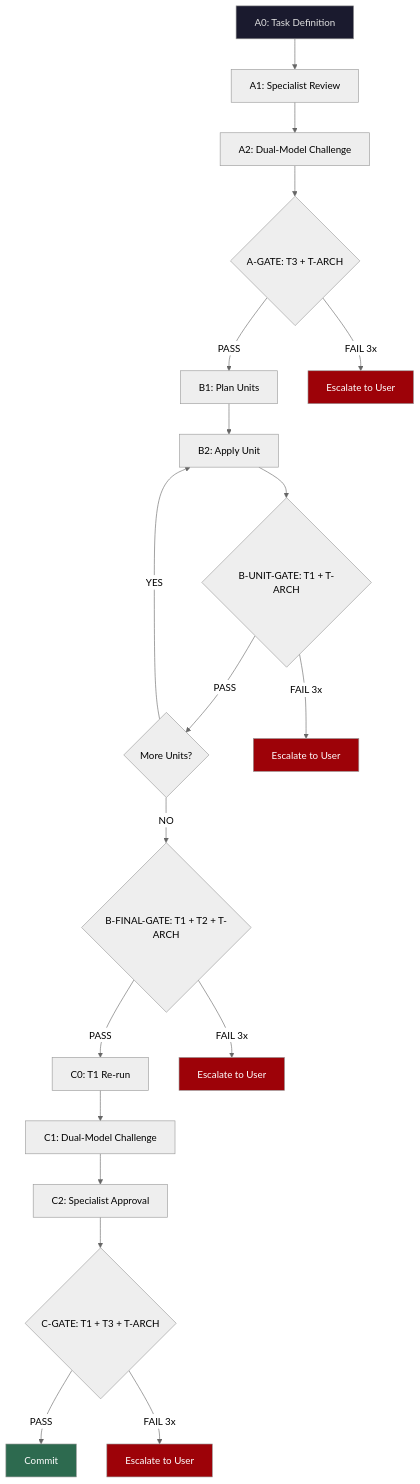
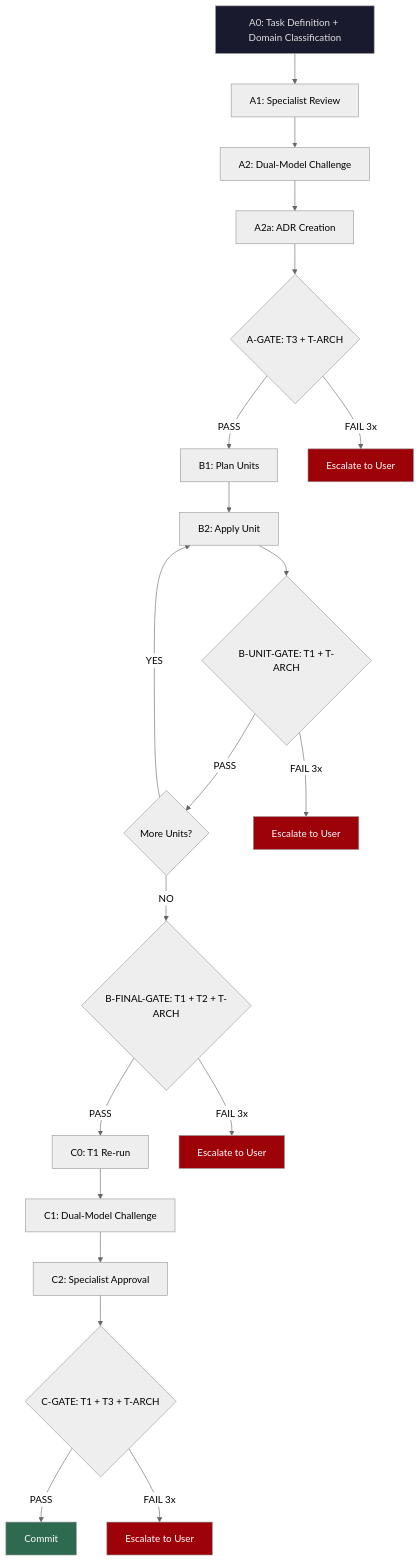
Before and after one commit to jeanboutros/psc: the diagram in README.md, drawn with Mermaid (neutral theme). The commit also changed other lines of this file and 1 other file, not shown here.

Commit message:
docs(registry): add skill-recruiter, github, cross-document-consistency, doxygen-cpp to registry and status tables
Add four entries to the Skill Registry and Review & Test Status tables:

AGENTS.md:
- cross-document-consistency: Grep-based cross-document checks
- doxygen-cpp: Doxygen documentation standard for C/C++
- github: Conventional commits, SSH auth, safe push, commit granularity
- skill-recruiter: Online skill search, safety scanning, skill gap detection,
  conversation synthesis

README.md:
- Pipeline diagram: update for ADR creation step and domain classification
- Compliance tiers: update T1/T3 descriptions for language-agnostic doc standards
- Agents table: add skill-recruiter, update docs-writer description
- Status tables: add rows for all 4 new skill entries and the skill-recruiter
  agent entry
- ADR directory: move under separate top-level entry in file structure

````diff
--- a/README.md
+++ b/README.md
@@ -21,28 +21,29 @@
 ```mermaid
 flowchart TD
-    A[A0: Task Definition] --> B[A1: Specialist Review]
+    A[A0: Task Definition + Domain Classification] --> B[A1: Specialist Review]
     B --> C[A2: Dual-Model Challenge]
-    C --> D{A-GATE: T3 + T-ARCH}
-    D -->|PASS| E[B1: Plan Units]
-    D -->|FAIL 3x| ESC1[Escalate to User]
-    E --> F[B2: Apply Unit]
-    F --> G{B-UNIT-GATE: T1 + T-ARCH}
-    G -->|PASS| H{More Units?}
-    G -->|FAIL 3x| ESC2[Escalate to User]
-    H -->|YES| F
-    H -->|NO| I{B-FINAL-GATE: T1 + T2 + T-ARCH}
-    I -->|PASS| J[C0: T1 Re-run]
-    I -->|FAIL 3x| ESC3[Escalate to User]
-    J --> K[C1: Dual-Model Challenge]
-    K --> L[C2: Specialist Approval]
-    L --> M{C-GATE: T1 + T3 + T-ARCH}
-    M -->|PASS| N[Commit]
-    M -->|FAIL 3x| ESC4[Escalate to User]
+    C --> D[A2a: ADR Creation]
+    D --> E{A-GATE: T3 + T-ARCH}
+    E -->|PASS| F[B1: Plan Units]
+    E -->|FAIL 3x| ESC1[Escalate to User]
+    F --> G[B2: Apply Unit]
+    G --> H{B-UNIT-GATE: T1 + T-ARCH}
+    H -->|PASS| I{More Units?}
+    H -->|FAIL 3x| ESC2[Escalate to User]
+    I -->|YES| G
+    I -->|NO| J{B-FINAL-GATE: T1 + T2 + T-ARCH}
+    J -->|PASS| K[C0: T1 Re-run]
+    J -->|FAIL 3x| ESC3[Escalate to User]
+    K --> L[C1: Dual-Model Challenge]
+    L --> M[C2: Specialist Approval]
+    M --> N{C-GATE: T1 + T3 + T-ARCH}
+    N -->|PASS| O[Commit]
+    N -->|FAIL 3x| ESC4[Escalate to User]
 
     style A fill:#1a1a2e,color:#e0e0e0
-    style N fill:#2d6a4f,color:#fff
+    style O fill:#2d6a4f,color:#fff
     style ESC1 fill:#9d0208,color:#fff
     style ESC2 fill:#9d0208,color:#fff
     style ESC3 fill:#9d0208,color:#fff
     style ESC4 fill:#9d0208,color:#fff
 ```
````
